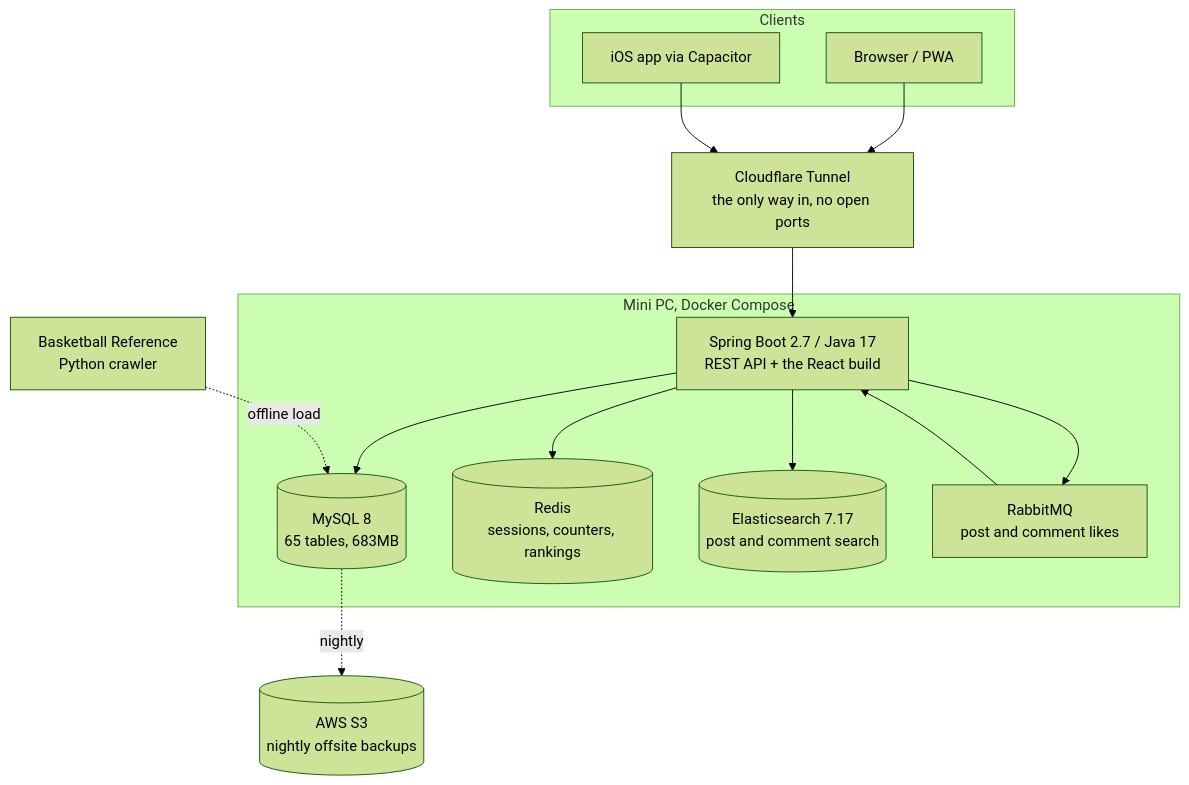
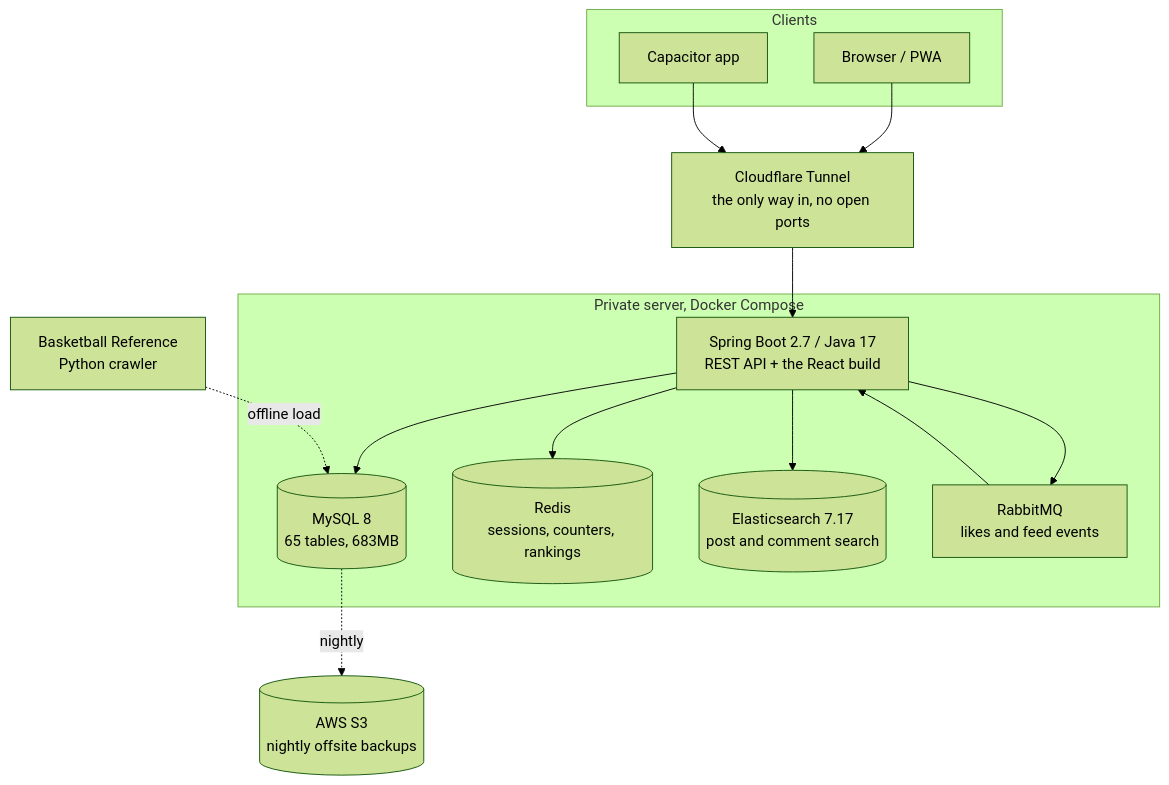
The diagram in README.md (Epochzzz-Leo/dream-everything), drawn with Mermaid (forest theme) before and after one commit. The commit also changed other lines of this file, not shown here.

First line of the commit message:
Update the README for the Epoch name and the homepage feed

````diff
--- a/README.md
+++ b/README.md
@@ -32,31 +35,31 @@
 ```mermaid
 flowchart TB
     subgraph clients["Clients"]
         B["Browser / PWA"]
-        I["iOS app via Capacitor"]
+        I["Capacitor app"]
     end
 
     CF["Cloudflare Tunnel<br/>the only way in, no open ports"]
 
-    subgraph host["Mini PC, Docker Compose"]
+    subgraph host["Private server, Docker Compose"]
         APP["Spring Boot 2.7 / Java 17<br/>REST API + the React build"]
         MY[("MySQL 8<br/>65 tables, 683MB")]
         RD[("Redis<br/>sessions, counters, rankings")]
         ES[("Elasticsearch 7.17<br/>post and comment search")]
-        MQ["RabbitMQ<br/>post and comment likes"]
+        MQ["RabbitMQ<br/>likes and feed events"]
     end
 
     S3[("AWS S3<br/>nightly offsite backups")]
     BR["Basketball Reference<br/>Python crawler"]
 
     B --> CF
     I --> CF
     CF --> APP
     APP --> MY
     APP --> RD
     APP --> ES
     APP --> MQ
     MQ --> APP
     MY -. nightly .-> S3
     BR -. offline load .-> MY
 ```
````
